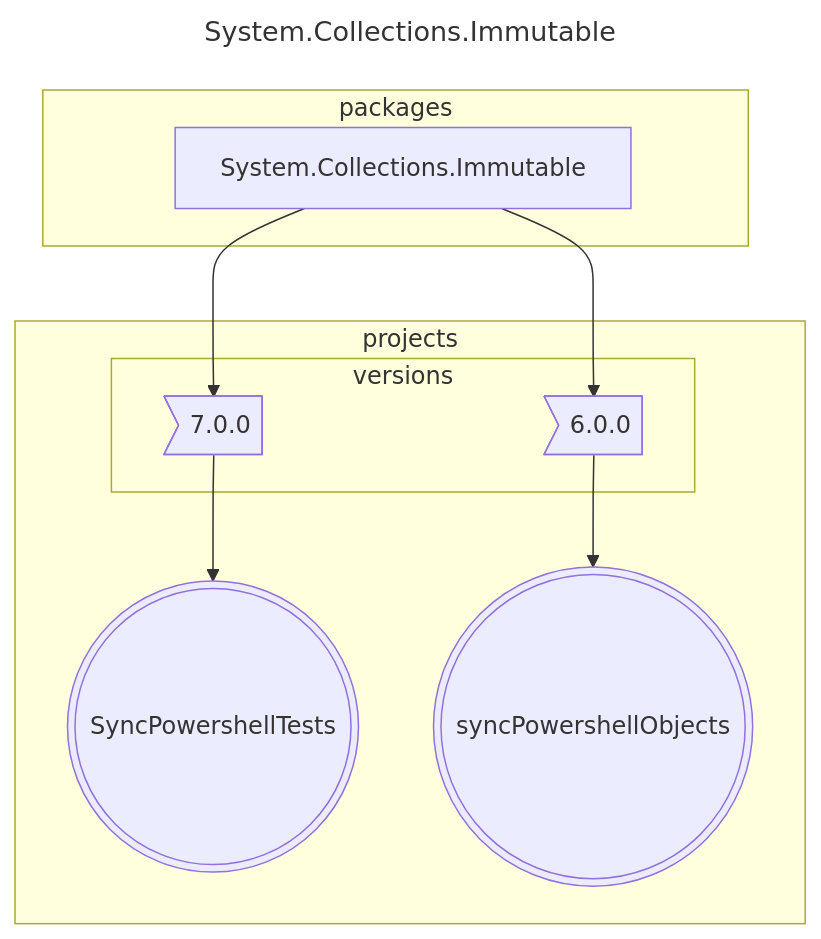
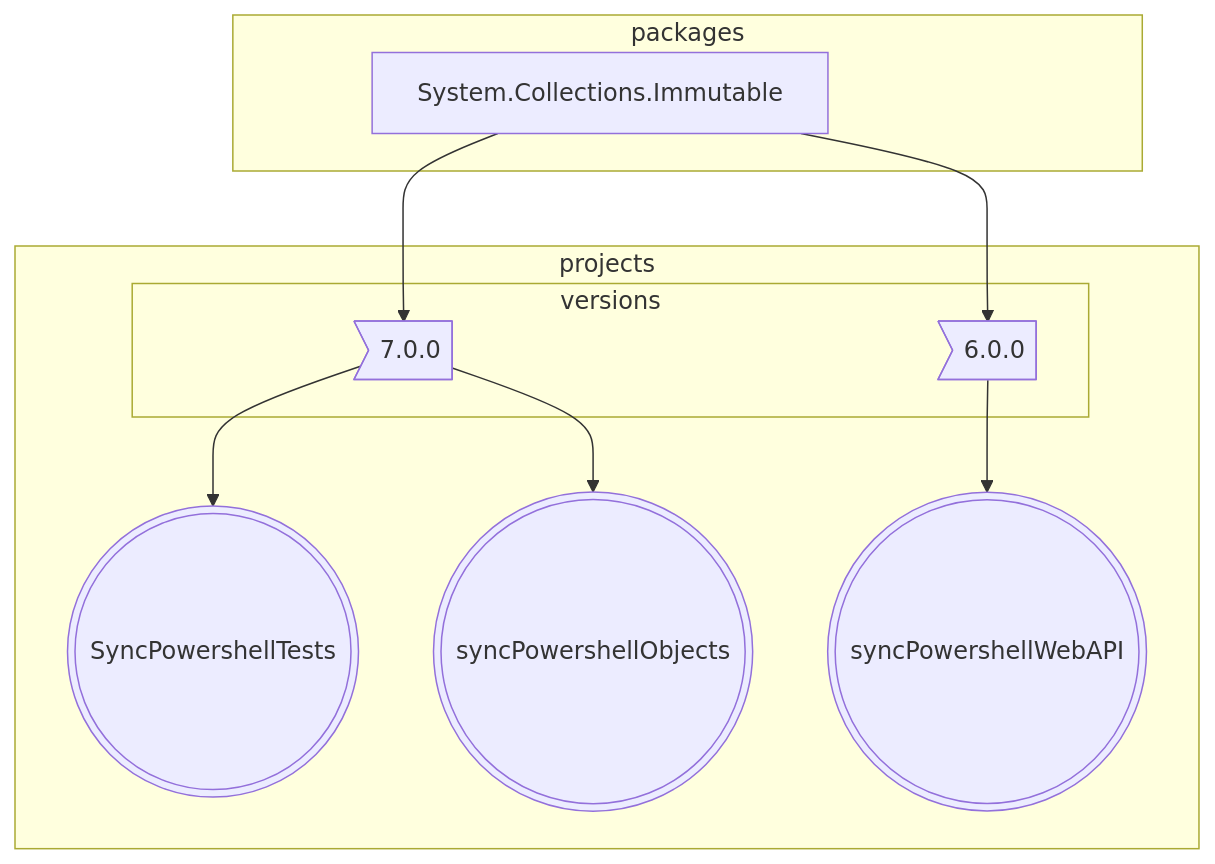
One commit to ignatandrei/syncPowershellProfile changed the second of 4 diagrams in documentation/syncPowershell/docs/TechnicalDocs/MermaidVisualizerMajorDiffer.md. Above: the diagram before and after it, drawn with Mermaid. The commit also changed other lines of this file and 5 other files, not shown here.

````diff
--- a/documentation/syncPowershell/docs/TechnicalDocs/MermaidVisualizerMajorDiffer.md
+++ b/documentation/syncPowershell/docs/TechnicalDocs/MermaidVisualizerMajorDiffer.md
@@ -7,23 +32,22 @@
 ```mermaid
----
-title: System.Collections.Immutable
----
-        flowchart TB
-        subgraph packages
-            System.Collections.Immutable
+graph TB
+subgraph packages
+    System.Collections.Immutable
 
-        end
-        subgraph projects
+end
+subgraph projects
 SyncPowershellTests(((SyncPowershellTests)))
 syncPowershellObjects(((syncPowershellObjects)))
+syncPowershellWebAPI(((syncPowershellWebAPI)))
     subgraph versions
 7.0.0>7.0.0]
 6.0.0>6.0.0]
     end
 System.Collections.Immutable-->7.0.0
 7.0.0-->SyncPowershellTests
+7.0.0-->syncPowershellObjects
 System.Collections.Immutable-->6.0.0
-6.0.0-->syncPowershellObjects
+6.0.0-->syncPowershellWebAPI
 
     end
 ```
````
